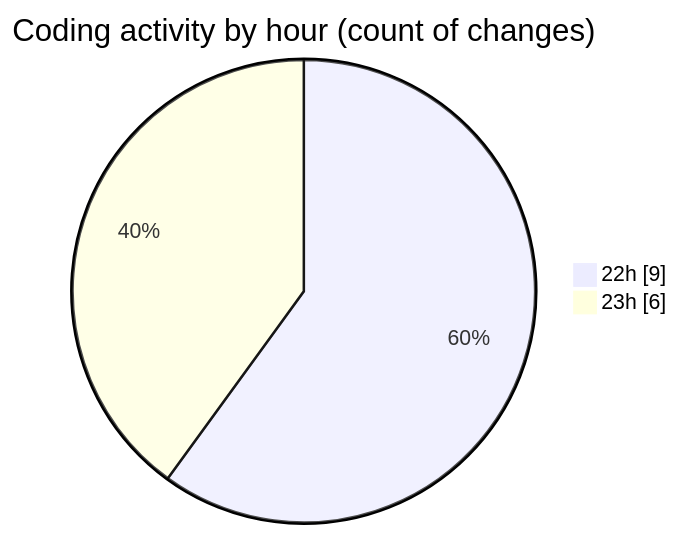
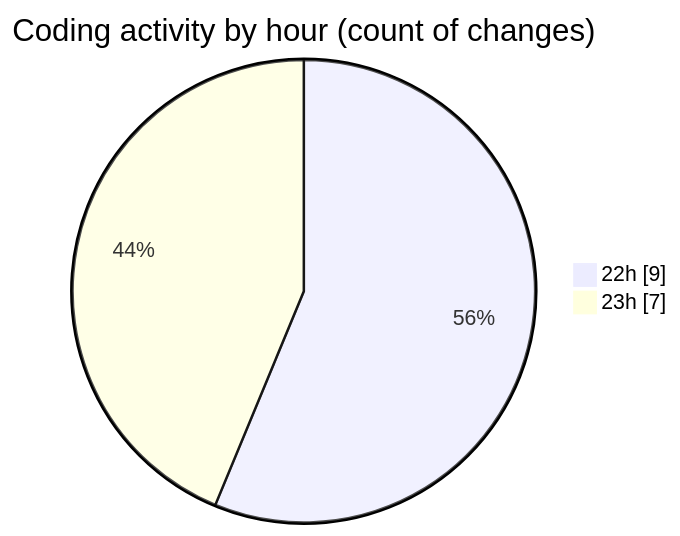
The second of 2 diagrams in 2026-02-16/chatbot-ui-main/README.md (becaeroporto-bot/code-tracking), drawn with Mermaid before and after one commit. The commit also changed other lines of this file and 1 other file, not shown here.

````diff
--- a/2026-02-16/chatbot-ui-main/README.md
+++ b/2026-02-16/chatbot-ui-main/README.md
@@ -32,6 +33,6 @@
 ```mermaid
 pie showData
 title Coding activity by hour (count of changes)
 "22h" : 9
-"23h" : 6
+"23h" : 7
 ```
````
